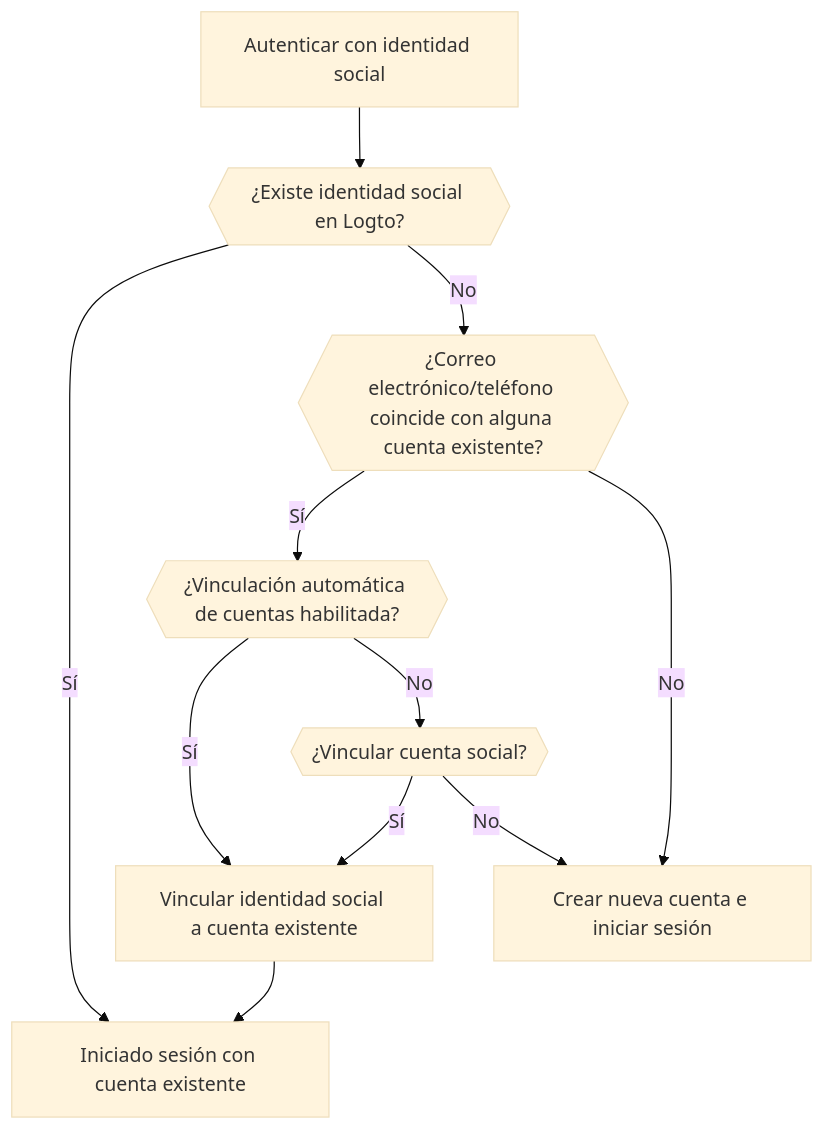
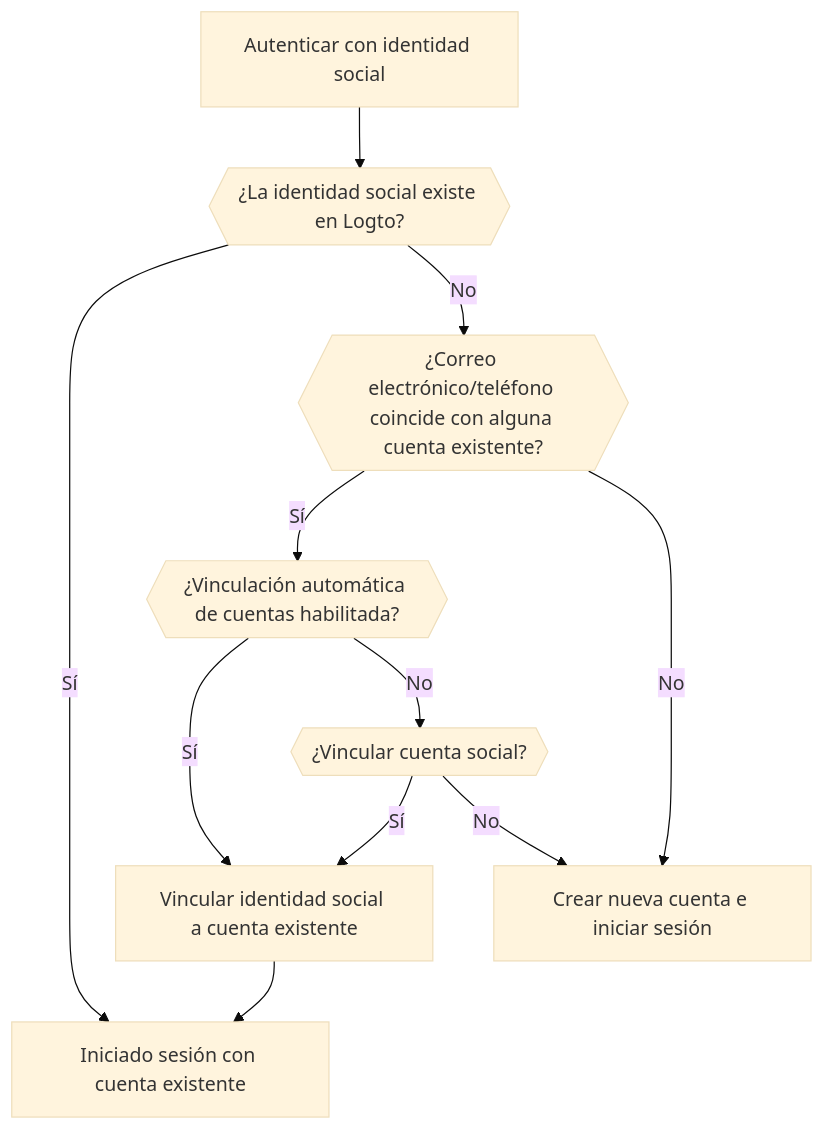
One commit to logto-io/docs changed the third of 5 diagrams in i18n/es/docusaurus-plugin-content-docs/current/end-user-flows/sign-up-and-sign-in/social-sign-in.mdx. Above: the diagram before and after it, drawn with Mermaid (base theme). The commit also changed other lines of this file and 428 other files, not shown here.

````diff
--- a/i18n/es/docusaurus-plugin-content-docs/current/end-user-flows/sign-up-and-sign-in/social-sign-in.mdx
+++ b/i18n/es/docusaurus-plugin-content-docs/current/end-user-flows/sign-up-and-sign-in/social-sign-in.mdx
@@ -99,13 +102,13 @@
     ```mermaid
     flowchart TD
-    A[Autenticar con identidad social] --> B{{¿Existe identidad social en Logto?}}
+    A[Autenticar con identidad social] --> B{{¿La identidad social existe en Logto?}}
     B -- Sí --> C[Iniciado sesión con cuenta existente]
     B -- No --> D{{¿Correo electrónico/teléfono coincide con alguna cuenta existente?}}
     D -- Sí --> E{{¿Vinculación automática de cuentas habilitada?}}
     E -- Sí --> G[Vincular identidad social a cuenta existente]
     G --> C
     D -- No --> H[Crear nueva cuenta e iniciar sesión]
     E -- No --> I{{¿Vincular cuenta social?}}
     I -- Sí --> G
     I -- No --> H
     ```
````
